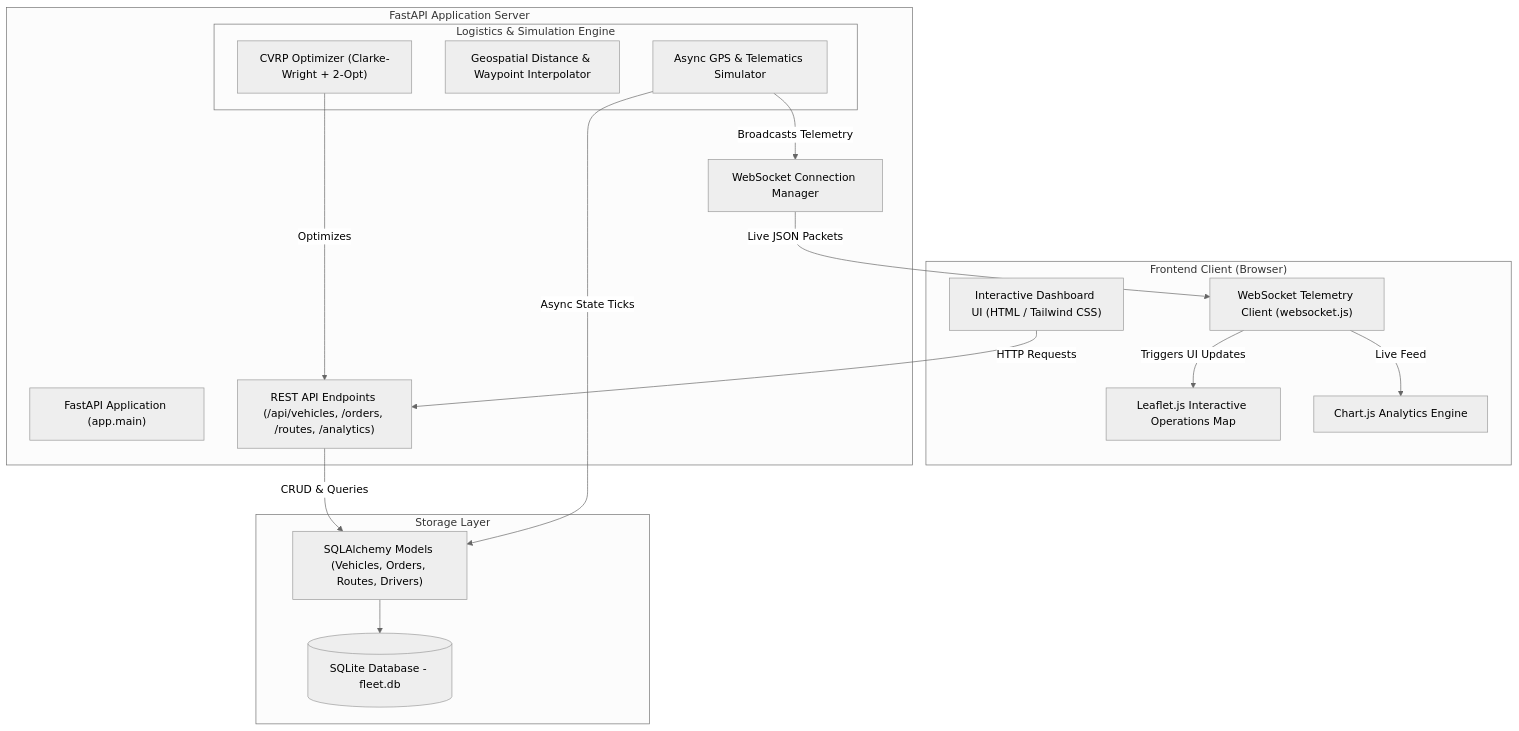
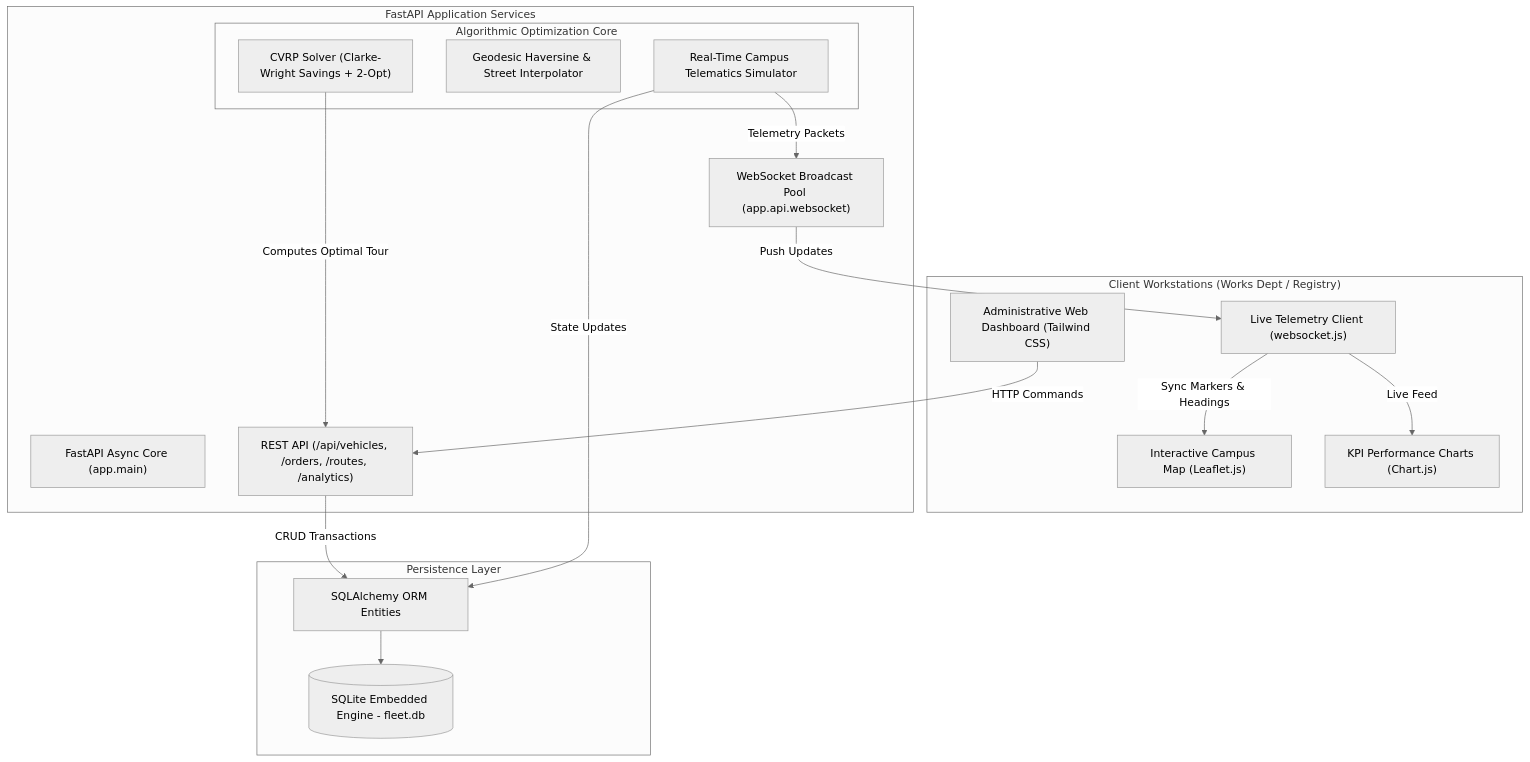
Before and after one commit to sighlars/university-of-ibadan-fleet-management: the diagram in README.md, drawn with Mermaid (neutral theme). The commit also changed other lines of this file and 18 other files, not shown here.

Commit message:
feat(ui): curate University of Ibadan fleet management system with authentic campus data, official logo, and VRP logistics

````diff
--- a/README.md
+++ b/README.md
@@ -65,36 +90,36 @@
 ```mermaid
 flowchart TD
-    subgraph Client["Frontend Client (Browser)"]
-        UI["Interactive Dashboard UI (HTML / Tailwind CSS)"]
-        Map["Leaflet.js Interactive Operations Map"]
-        WSClient["WebSocket Telemetry Client (websocket.js)"]
-        Charts["Chart.js Analytics Engine"]
+    subgraph UIClient["Client Workstations (Works Dept / Registry)"]
+        Browser["Administrative Web Dashboard (Tailwind CSS)"]
+        LiveMap["Interactive Campus Map (Leaflet.js)"]
+        SocketClient["Live Telemetry Client (websocket.js)"]
+        Analytics["KPI Performance Charts (Chart.js)"]
     end
 
-    subgraph Backend["FastAPI Application Server"]
-        Router["FastAPI Application (app.main)"]
-        APIs["REST API Endpoints (/api/vehicles, /orders, /routes, /analytics)"]
-        WSMgr["WebSocket Connection Manager"]
+    subgraph Backend["FastAPI Application Services"]
+        AppServer["FastAPI Async Core (app.main)"]
+        REST["REST API (/api/vehicles, /orders, /routes, /analytics)"]
+        Hub["WebSocket Broadcast Pool (app.api.websocket)"]
         
-        subgraph Engine["Logistics & Simulation Engine"]
-            VRP["CVRP Optimizer (Clarke-Wright + 2-Opt)"]
-            Distance["Geospatial Distance & Waypoint Interpolator"]
-            Simulator["Async GPS & Telematics Simulator"]
+        subgraph Engine["Algorithmic Optimization Core"]
+            CVRP["CVRP Solver (Clarke-Wright Savings + 2-Opt)"]
+            Geo["Geodesic Haversine & Street Interpolator"]
+            Sim["Real-Time Campus Telematics Simulator"]
         end
     end
 
-    subgraph Persistence["Storage Layer"]
-        DB[(SQLite Database - fleet.db)]
-        ORM["SQLAlchemy Models (Vehicles, Orders, Routes, Drivers)"]
+    subgraph Storage["Persistence Layer"]
+        DB[(SQLite Embedded Engine - fleet.db)]
+        ORM["SQLAlchemy ORM Entities"]
     end
 
-    UI -->|HTTP Requests| APIs
-    APIs -->|CRUD & Queries| ORM
+    Browser -->|HTTP Commands| REST
+    REST -->|CRUD Transactions| ORM
     ORM --> DB
-    VRP -->|Optimizes| APIs
-    Simulator -->|Async State Ticks| ORM
-    Simulator -->|Broadcasts Telemetry| WSMgr
-    WSMgr -->|Live JSON Packets| WSClient
-    WSClient -->|Triggers UI Updates| Map
-    WSClient -->|Live Feed| Charts
+    CVRP -->|Computes Optimal Tour| REST
+    Sim -->|State Updates| ORM
+    Sim -->|Telemetry Packets| Hub
+    Hub -->|Push Updates| SocketClient
+    SocketClient -->|Sync Markers & Headings| LiveMap
+    SocketClient -->|Live Feed| Analytics
 ```
````
